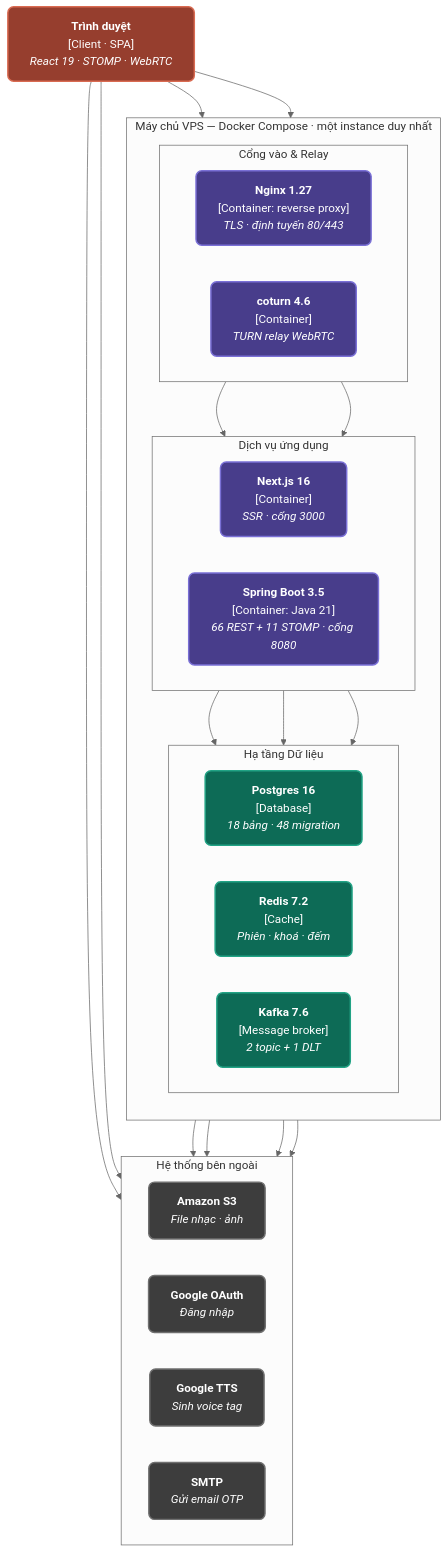
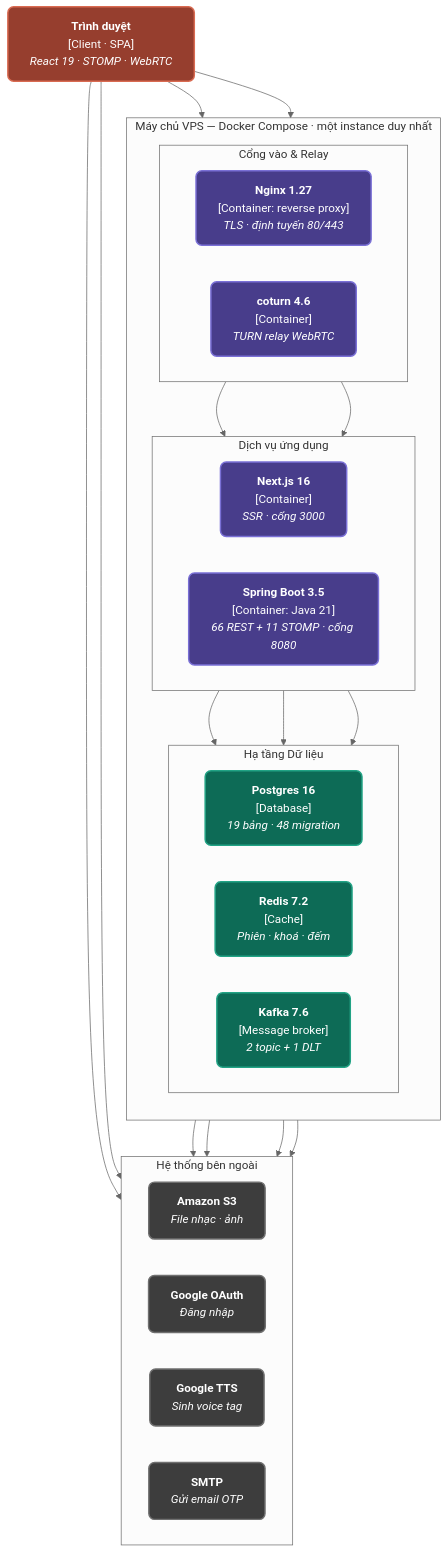
Before and after one commit to NguyenDucHoangNam/PWB_Mini: the diagram in docs/diagram/c4_level2_container_diagram.md, drawn with Mermaid (neutral theme). The commit also changed other lines of this file and 11 other files, not shown here.

Commit message:
feat(showcase): expand interactive technical diagrams for containers, backend layers, and infra

````diff
--- a/docs/diagram/c4_level2_container_diagram.md
+++ b/docs/diagram/c4_level2_container_diagram.md
@@ -9,55 +9,55 @@
 ```mermaid
 graph TD
     classDef userBox fill:#963E2E,stroke:#D96B52,stroke-width:2px,color:#FFFFFF,rx:8px,ry:8px;
     classDef appBox fill:#483D8B,stroke:#7A70D6,stroke-width:2px,color:#FFFFFF,rx:8px,ry:8px;
     classDef dbBox fill:#0D6B56,stroke:#22A385,stroke-width:2px,color:#FFFFFF,rx:8px,ry:8px;
     classDef extBox fill:#3D3D3D,stroke:#707070,stroke-width:2px,color:#FFFFFF,rx:8px,ry:8px;
 
     BROWSER["<b>Trình duyệt</b><br/>[Client · SPA]<br/><i>React 19 · STOMP · WebRTC</i>"]:::userBox
 
     subgraph VPS ["Máy chủ VPS — Docker Compose · một instance duy nhất"]
         direction TD
         
         subgraph ENTRY ["Cổng vào & Relay"]
             direction LR
             NGINX["<b>Nginx 1.27</b><br/>[Container: reverse proxy]<br/><i>TLS · định tuyến 80/443</i>"]:::appBox
             COTURN["<b>coturn 4.6</b><br/>[Container]<br/><i>TURN relay WebRTC</i>"]:::appBox
         end
 
         subgraph BACKEND_SERVICES ["Dịch vụ ứng dụng"]
             direction LR
             NEXT["<b>Next.js 16</b><br/>[Container]<br/><i>SSR · cổng 3000</i>"]:::appBox
             SPRING["<b>Spring Boot 3.5</b><br/>[Container: Java 21]<br/><i>66 REST + 11 STOMP · cổng 8080</i>"]:::appBox
         end
 
         subgraph DATA_TIER ["Hạ tầng Dữ liệu"]
             direction LR
-            PG["<b>Postgres 16</b><br/>[Database]<br/><i>18 bảng · 48 migration</i>"]:::dbBox
+            PG["<b>Postgres 16</b><br/>[Database]<br/><i>19 bảng · 48 migration</i>"]:::dbBox
             REDIS["<b>Redis 7.2</b><br/>[Cache]<br/><i>Phiên · khoá · đếm</i>"]:::dbBox
             KAFKA["<b>Kafka 7.6</b><br/>[Message broker]<br/><i>2 topic + 1 DLT</i>"]:::dbBox
         end
 
         NGINX --> NEXT
         NGINX --> SPRING
         SPRING --> PG
         SPRING --> REDIS
         SPRING --> KAFKA
     end
 
     subgraph EXTERNALS ["Hệ thống bên ngoài"]
         direction LR
         S3["<b>Amazon S3</b><br/><i>File nhạc · ảnh</i>"]:::extBox
         OAUTH["<b>Google OAuth</b><br/><i>Đăng nhập</i>"]:::extBox
         TTS["<b>Google TTS</b><br/><i>Sinh voice tag</i>"]:::extBox
         SMTP["<b>SMTP</b><br/><i>Gửi email OTP</i>"]:::extBox
     end
 
     BROWSER --> NGINX
     BROWSER --> COTURN
     BROWSER --> S3
     BROWSER --> OAUTH
     SPRING --> S3
     SPRING --> OAUTH
     SPRING --> TTS
     SPRING --> SMTP
 ```
````
